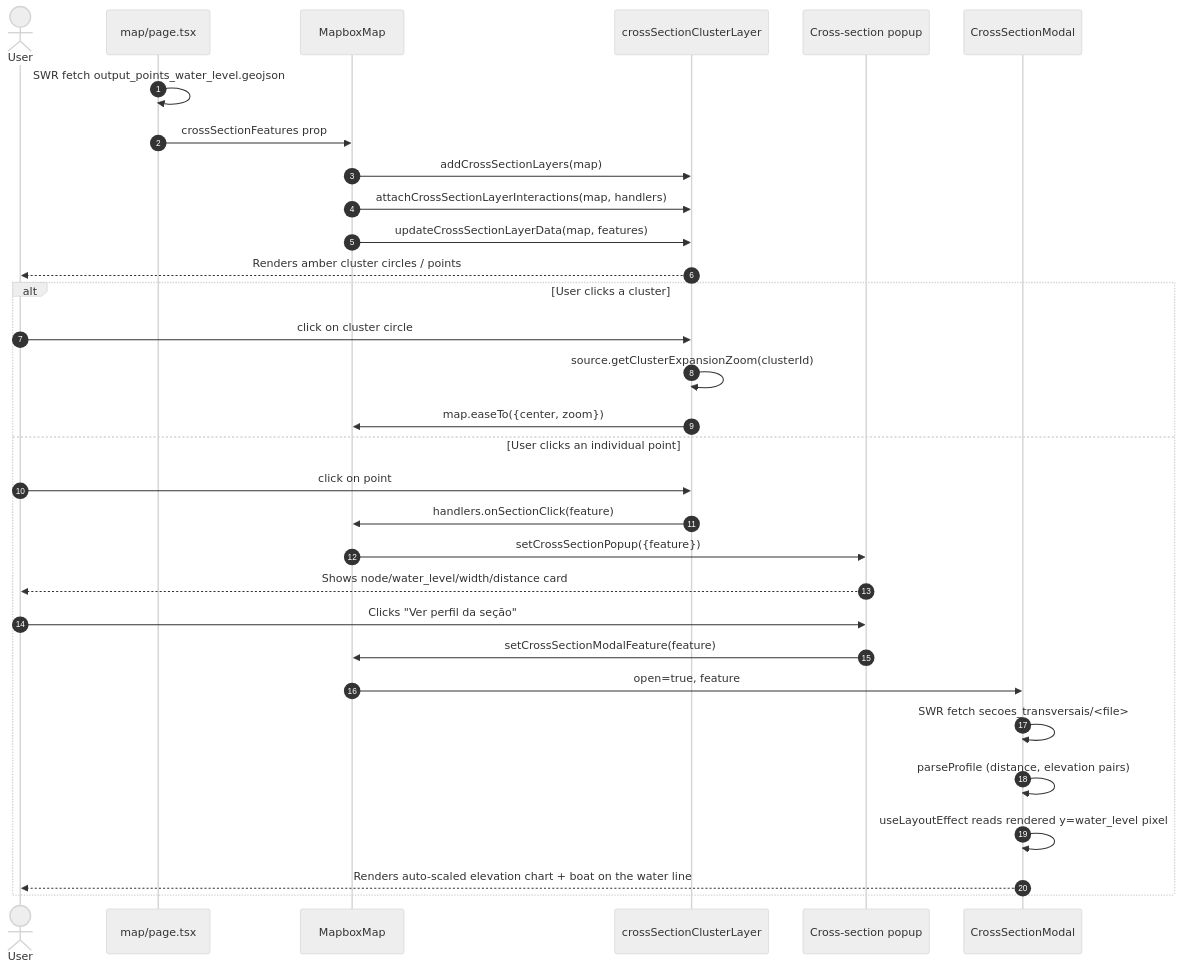
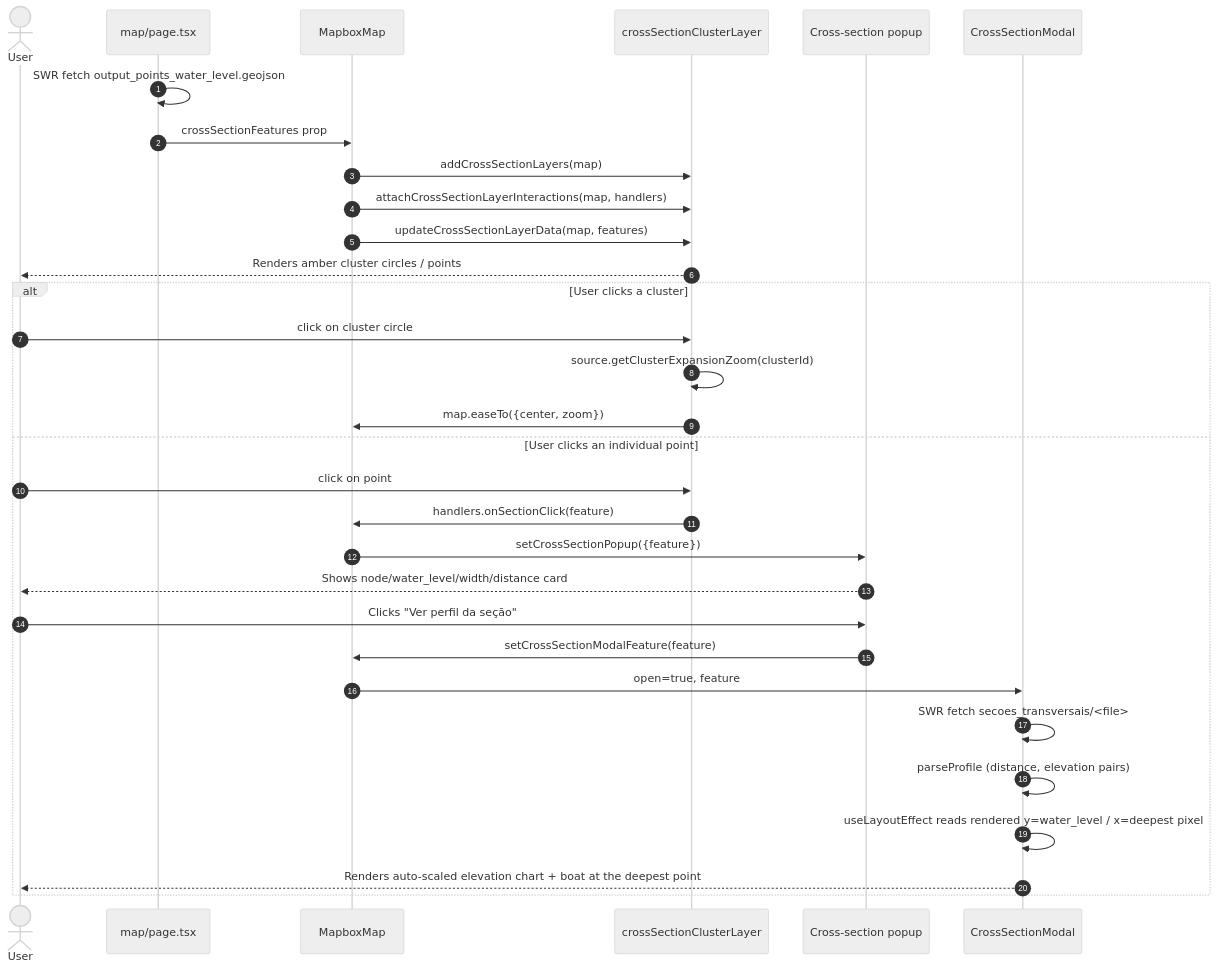
The second of 2 diagrams in docs/source/architecture/cross_section_flow.rst (bmmoreira/tama-hidrovias), drawn with Mermaid (neutral theme) before and after one commit. The commit also changed other lines of this file and 2 other files, not shown here.

First line of the commit message:
Document the boat's deepest-point anchoring and mobile fullscreen modal

```diff
--- a/docs/source/architecture/cross_section_flow.rst
+++ b/docs/source/architecture/cross_section_flow.rst
@@ -127,36 +127,36 @@
 .. mermaid::
 
     sequenceDiagram
         autonumber
         actor User
         participant Page as map/page.tsx
         participant MB as MapboxMap
         participant Layer as crossSectionClusterLayer
         participant Popup as Cross-section popup
         participant Modal as CrossSectionModal
 
         Page->>Page: SWR fetch output_points_water_level.geojson
         Page->>MB: crossSectionFeatures prop
         MB->>Layer: addCrossSectionLayers(map)
         MB->>Layer: attachCrossSectionLayerInteractions(map, handlers)
         MB->>Layer: updateCrossSectionLayerData(map, features)
         Layer-->>User: Renders amber cluster circles / points
 
         alt User clicks a cluster
             User->>Layer: click on cluster circle
             Layer->>Layer: source.getClusterExpansionZoom(clusterId)
             Layer->>MB: map.easeTo({center, zoom})
         else User clicks an individual point
             User->>Layer: click on point
             Layer->>MB: handlers.onSectionClick(feature)
             MB->>Popup: setCrossSectionPopup({feature})
             Popup-->>User: Shows node/water_level/width/distance card
 
             User->>Popup: Clicks "Ver perfil da seção"
             Popup->>MB: setCrossSectionModalFeature(feature)
             MB->>Modal: open=true, feature
             Modal->>Modal: SWR fetch secoes_transversais/<file>
             Modal->>Modal: parseProfile (distance, elevation pairs)
-            Modal->>Modal: useLayoutEffect reads rendered y=water_level pixel
-            Modal-->>User: Renders auto-scaled elevation chart + boat on the water line
+            Modal->>Modal: useLayoutEffect reads rendered y=water_level / x=deepest pixel
+            Modal-->>User: Renders auto-scaled elevation chart + boat at the deepest point
         end
```
